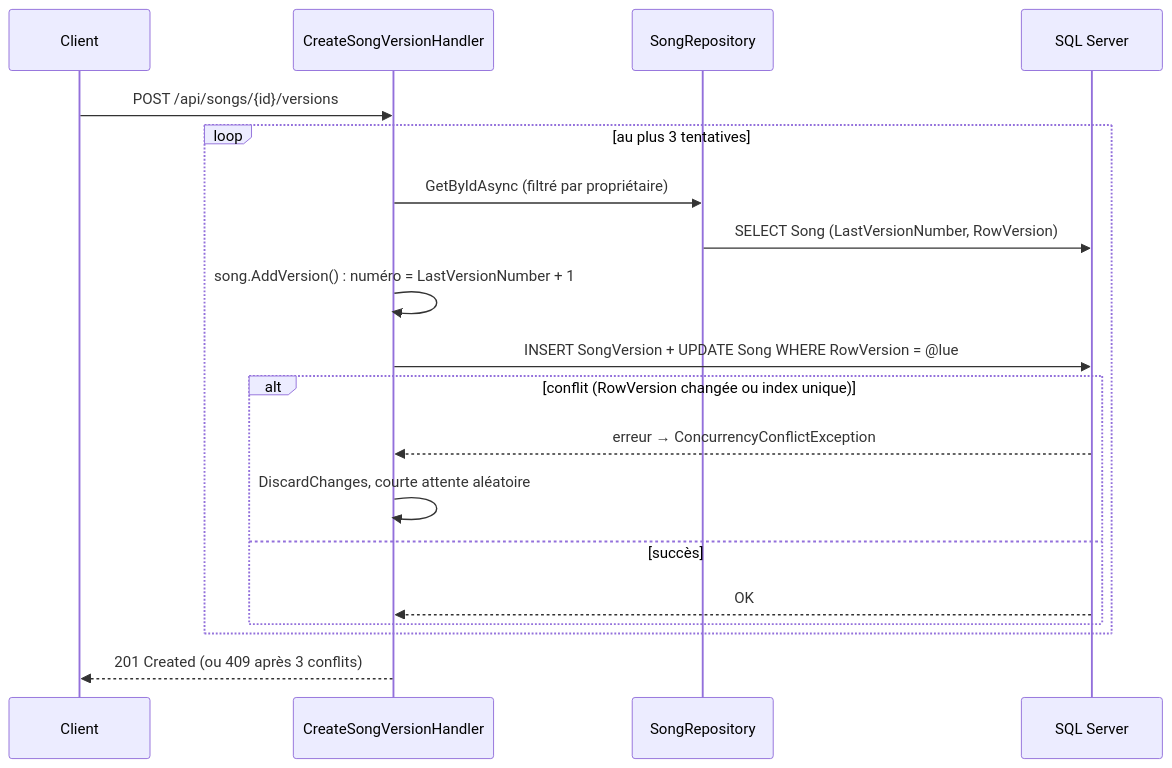
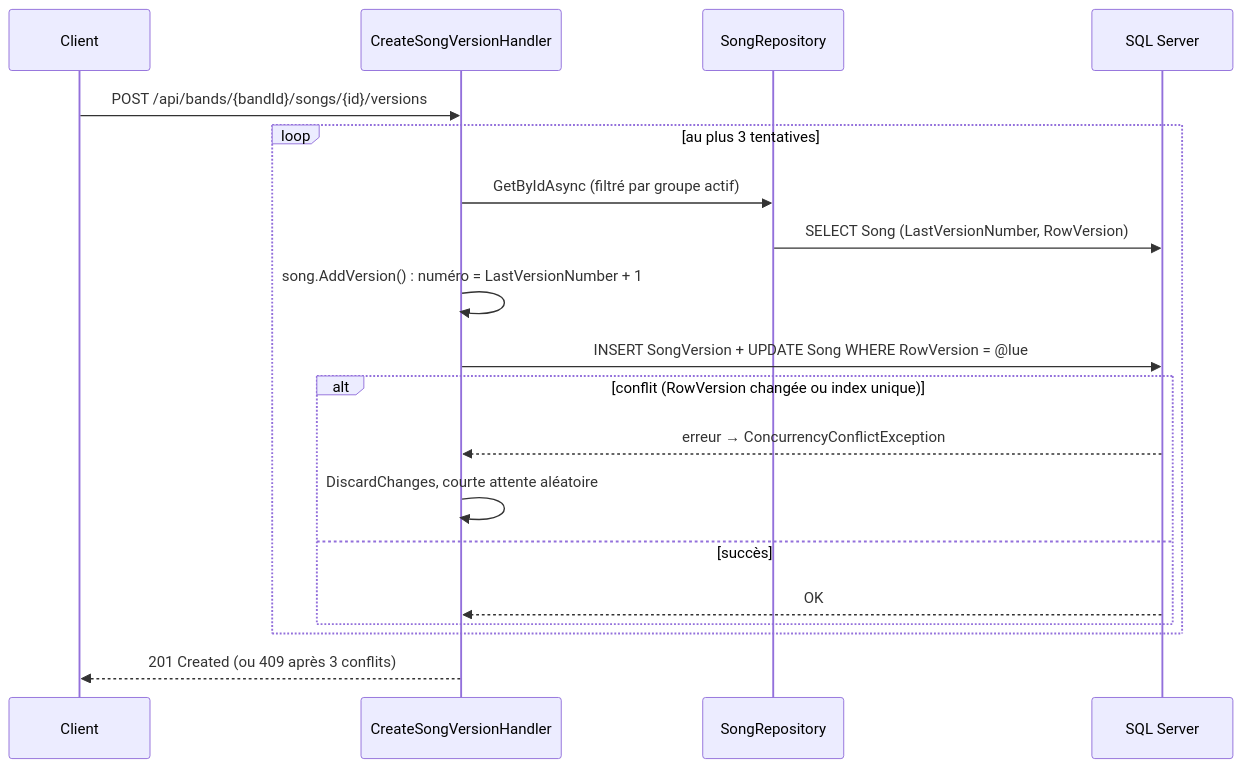
One commit to niko0543-png/SongVault_master changed the fourth of 5 diagrams in docs/architecture.md. Above: the diagram before and after it, drawn with Mermaid. The commit also changed other lines of this file and 80 other files, not shown here.

````diff
--- a/docs/architecture.md
+++ b/docs/architecture.md
@@ -88,21 +100,21 @@
 ```mermaid
 sequenceDiagram
     participant C as Client
     participant H as CreateSongVersionHandler
     participant R as SongRepository
     participant DB as SQL Server
-    C->>H: POST /api/songs/{id}/versions
+    C->>H: POST /api/bands/{bandId}/songs/{id}/versions
     loop au plus 3 tentatives
-        H->>R: GetByIdAsync (filtré par propriétaire)
+        H->>R: GetByIdAsync (filtré par groupe actif)
         R->>DB: SELECT Song (LastVersionNumber, RowVersion)
         H->>H: song.AddVersion() : numéro = LastVersionNumber + 1
         H->>DB: INSERT SongVersion + UPDATE Song WHERE RowVersion = @lue
         alt conflit (RowVersion changée ou index unique)
             DB-->>H: erreur → ConcurrencyConflictException
             H->>H: DiscardChanges, courte attente aléatoire
         else succès
             DB-->>H: OK
         end
     end
     H-->>C: 201 Created (ou 409 après 3 conflits)
 ```
````
